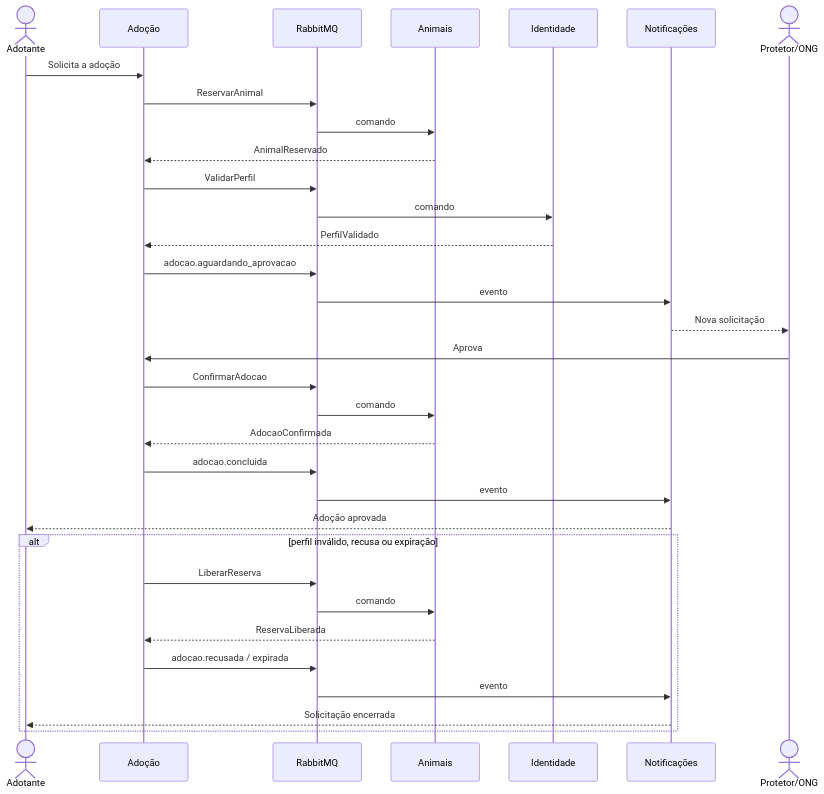
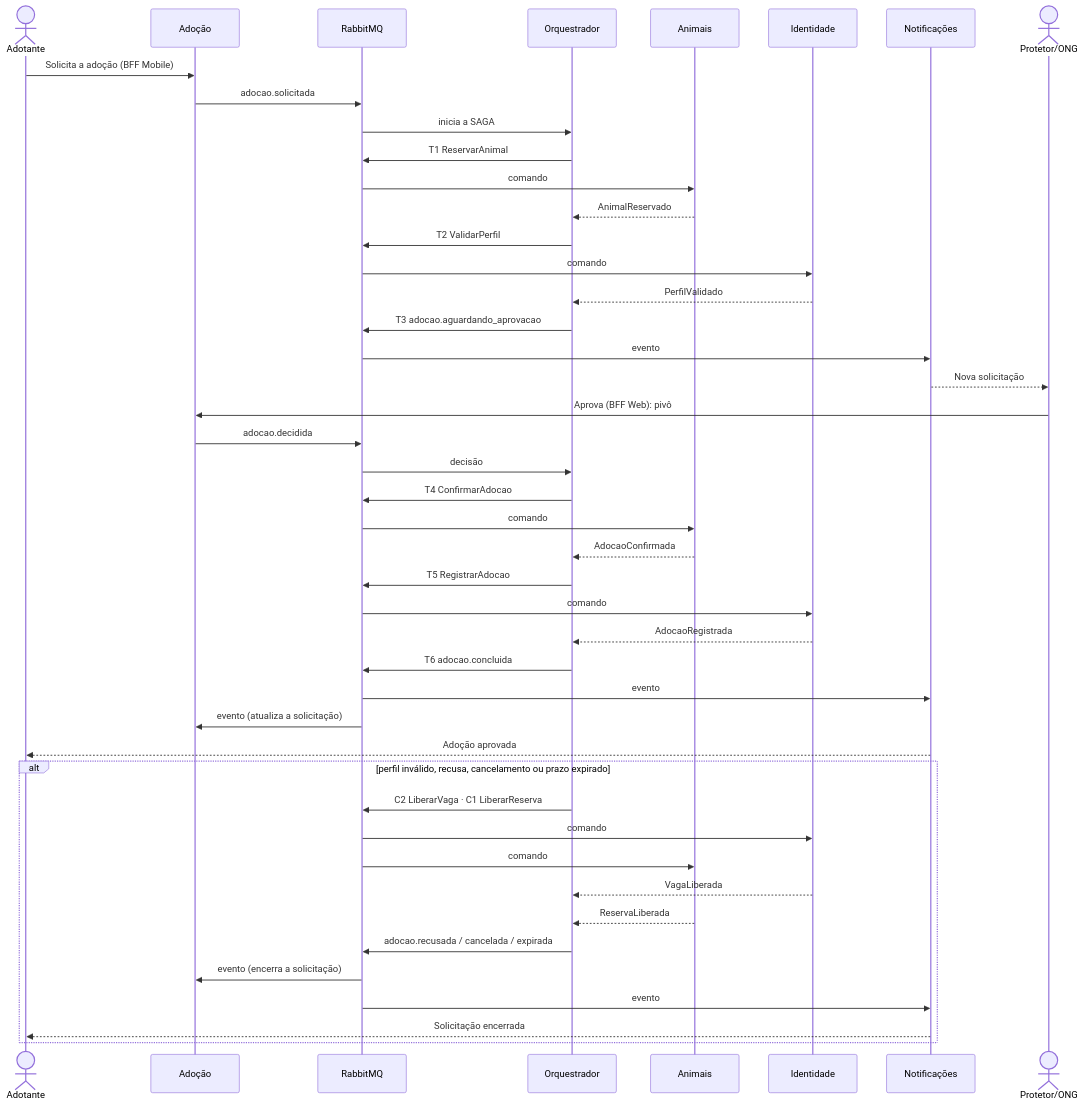
Before and after one commit to gxbreus/ampara: the second of 2 diagrams in README.md, drawn with Mermaid. The commit also changed other lines of this file, not shown here.

First line of the commit message:
docs: detalha a arquitetura no README com Orquestrador, mensageria e CQRS (#141)

````diff
--- a/README.md
+++ b/README.md
@@ -123,37 +190,49 @@
 ```mermaid
 sequenceDiagram
     actor Adotante
-    participant A as Adoção
+    participant AD as Adoção
     participant R as RabbitMQ
+    participant O as Orquestrador
     participant AN as Animais
     participant I as Identidade
     participant N as Notificações
     actor ONG as Protetor/ONG
 
-    Adotante->>A: Solicita a adoção
-    A->>R: ReservarAnimal
+    Adotante->>AD: Solicita a adoção (BFF Mobile)
+    AD->>R: adocao.solicitada
+    R->>O: inicia a SAGA
+    O->>R: T1 ReservarAnimal
     R->>AN: comando
-    AN-->>A: AnimalReservado
-    A->>R: ValidarPerfil
+    AN-->>O: AnimalReservado
+    O->>R: T2 ValidarPerfil
     R->>I: comando
-    I-->>A: PerfilValidado
-    A->>R: adocao.aguardando_aprovacao
+    I-->>O: PerfilValidado
+    O->>R: T3 adocao.aguardando_aprovacao
     R->>N: evento
     N-->>ONG: Nova solicitação
-    ONG->>A: Aprova
-    A->>R: ConfirmarAdocao
+    ONG->>AD: Aprova (BFF Web): pivô
+    AD->>R: adocao.decidida
+    R->>O: decisão
+    O->>R: T4 ConfirmarAdocao
     R->>AN: comando
-    AN-->>A: AdocaoConfirmada
-    A->>R: adocao.concluida
+    AN-->>O: AdocaoConfirmada
+    O->>R: T5 RegistrarAdocao
+    R->>I: comando
+    I-->>O: AdocaoRegistrada
+    O->>R: T6 adocao.concluida
     R->>N: evento
+    R->>AD: evento (atualiza a solicitação)
     N-->>Adotante: Adoção aprovada
 
-    alt perfil inválido, recusa ou expiração
-        A->>R: LiberarReserva
+    alt perfil inválido, recusa, cancelamento ou prazo expirado
+        O->>R: C2 LiberarVaga · C1 LiberarReserva
+        R->>I: comando
         R->>AN: comando
-        AN-->>A: ReservaLiberada
-        A->>R: adocao.recusada / expirada
+        I-->>O: VagaLiberada
+        AN-->>O: ReservaLiberada
+        O->>R: adocao.recusada / cancelada / expirada
+        R->>AD: evento (encerra a solicitação)
         R->>N: evento
         N-->>Adotante: Solicitação encerrada
     end
 ```
````
